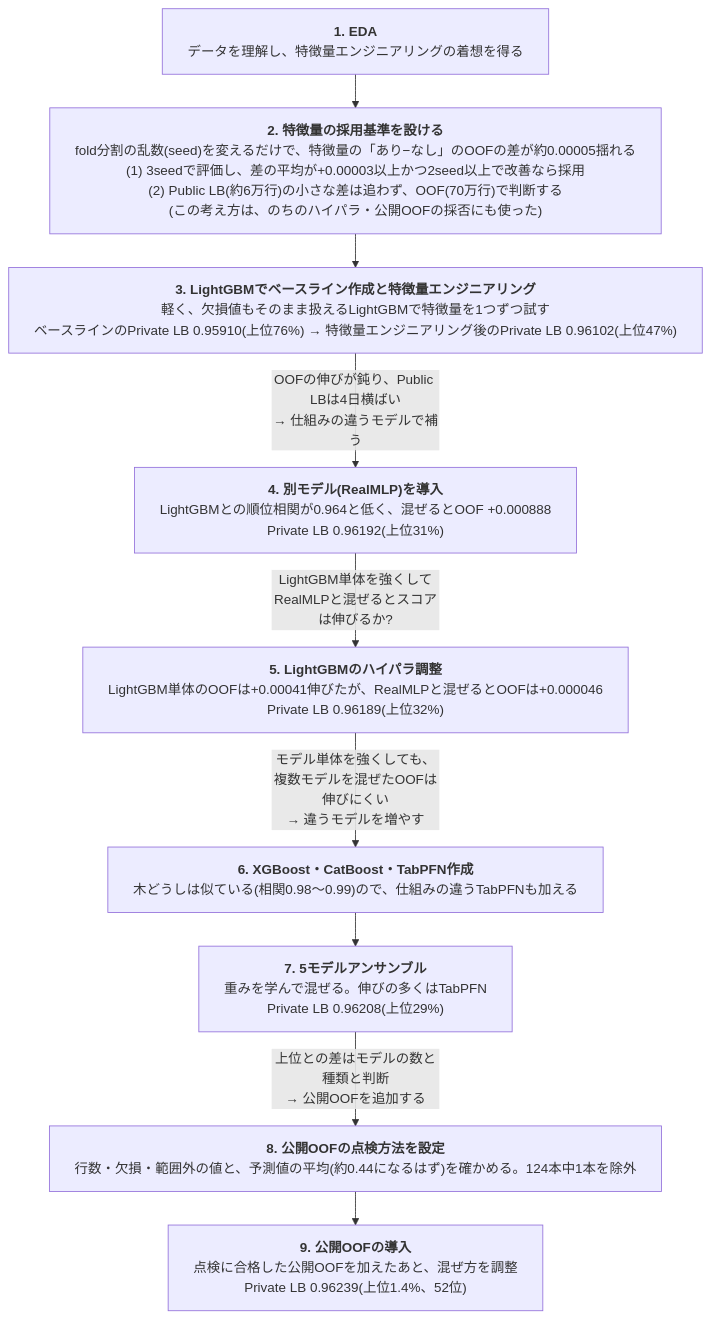
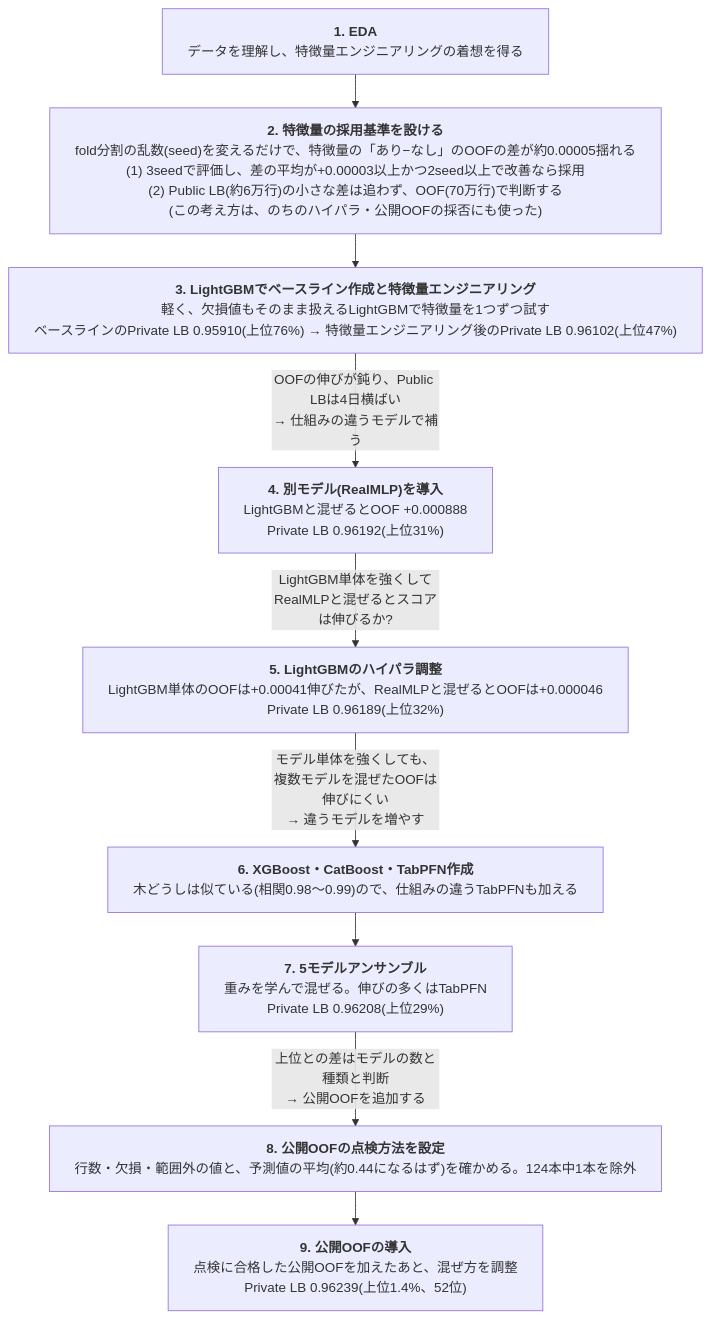
One commit to aramaki5443-art/kaggle-s6e10-airline-satisfaction changed the first of 3 diagrams in README.md. Above: the diagram before and after it, drawn with Mermaid.

Commit message:
README: フロー図の箱4から相関の値を外す
Claude-Session: https://claude.ai/code/session_01W4XQw12fApd9PttvvKTwbS

````diff
--- a/README.md
+++ b/README.md
@@ -21,24 +21,24 @@
 ```mermaid
 ---
 config:
   flowchart:
     wrappingWidth: 800
     rankSpacing: 40
 ---
 flowchart TD
   S1["<b>1. EDA</b><br>データを理解し、特徴量エンジニアリングの着想を得る"]
   SC["<b>2. 特徴量の採用基準を設ける</b><br>fold分割の乱数(seed)を変えるだけで、特徴量の「あり−なし」のOOFの差が約0.00005揺れる<br>(1) 3seedで評価し、差の平均が+0.00003以上かつ2seed以上で改善なら採用<br>(2) Public LB(約6万行)の小さな差は追わず、OOF(70万行)で判断する<br>(この考え方は、のちのハイパラ・公開OOFの採否にも使った)"]
   S2["<b>3. LightGBMでベースライン作成と特徴量エンジニアリング</b><br>軽く、欠損値もそのまま扱えるLightGBMで特徴量を1つずつ試す<br>ベースラインのPrivate LB 0.95910(上位76%) → 特徴量エンジニアリング後のPrivate LB 0.96102(上位47%)"]
-  S3["<b>4. 別モデル(RealMLP)を導入</b><br>LightGBMとの順位相関が0.964と低く、混ぜるとOOF +0.000888<br>Private LB 0.96192(上位31%)"]
+  S3["<b>4. 別モデル(RealMLP)を導入</b><br>LightGBMと混ぜるとOOF +0.000888<br>Private LB 0.96192(上位31%)"]
   S4["<b>5. LightGBMのハイパラ調整</b><br>LightGBM単体のOOFは+0.00041伸びたが、RealMLPと混ぜるとOOFは+0.000046<br>Private LB 0.96189(上位32%)"]
   S5["<b>6. XGBoost・CatBoost・TabPFN作成</b><br>木どうしは似ている(相関0.98〜0.99)ので、仕組みの違うTabPFNも加える"]
   S6["<b>7. 5モデルアンサンブル</b><br>重みを学んで混ぜる。伸びの多くはTabPFN<br>Private LB 0.96208(上位29%)"]
   SK["<b>8. 公開OOFの点検方法を設定</b><br>行数・欠損・範囲外の値と、予測値の平均(約0.44になるはず)を確かめる。124本中1本を除外"]
   S7["<b>9. 公開OOFの導入</b><br>点検に合格した公開OOFを加えたあと、混ぜ方を調整<br>Private LB 0.96239(上位1.4%、52位)"]
   S1 --> SC --> S2
   S2 -->|"OOFの伸びが鈍り、Public LBは4日横ばい<br>→ 仕組みの違うモデルで補う"| S3
   S3 -->|"LightGBM単体を強くしてRealMLPと混ぜるとスコアは伸びるか?"| S4
   S4 -->|"モデル単体を強くしても、複数モデルを混ぜたOOFは伸びにくい<br>→ 違うモデルを増やす"| S5
   S5 --> S6
   S6 -->|"上位との差はモデルの数と種類と判断<br>→ 公開OOFを追加する"| SK --> S7
 ```
````
